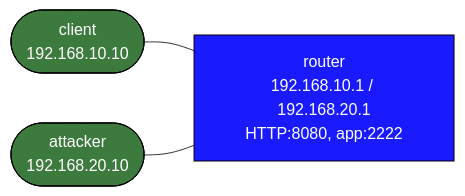
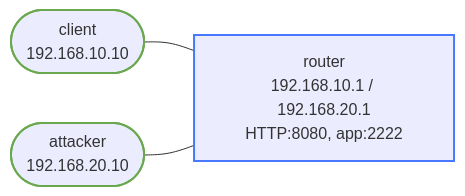
One commit to jschless/networkingLabs changed the diagram in labs/acl-basics/README.md. Above: the diagram before and after it, drawn with Mermaid. The commit also changed 250 other files, not shown here.

Commit message:
Fix unreadable topology diagrams, convert ASCII art, publish assessments (#57)

````diff
--- a/labs/acl-basics/README.md
+++ b/labs/acl-basics/README.md
@@ -15,14 +15,14 @@
 ```mermaid
 flowchart LR
-    client(["client\n192.168.10.10"])
-    attacker(["attacker\n192.168.20.10"])
-    router["router\n192.168.10.1 / 192.168.20.1\nHTTP:8080, app:2222"]
+    client(["client<br/>192.168.10.10"])
+    attacker(["attacker<br/>192.168.20.10"])
+    router["router<br/>192.168.10.1 / 192.168.20.1<br/>HTTP:8080, app:2222"]
 
     client --- router
     attacker --- router
 
-    classDef router fill:#1a1aff,color:#fff,stroke:#000
-    classDef host fill:#3d7a3d,color:#fff,stroke:#000
+    classDef router stroke:#4778ff,stroke-width:2px
+    classDef host stroke:#6aa84f,stroke-width:2px
     class router router
     class client,attacker host
 ```
````
